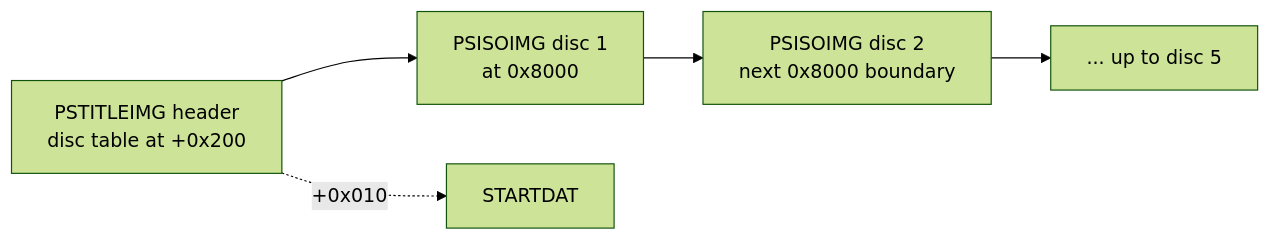
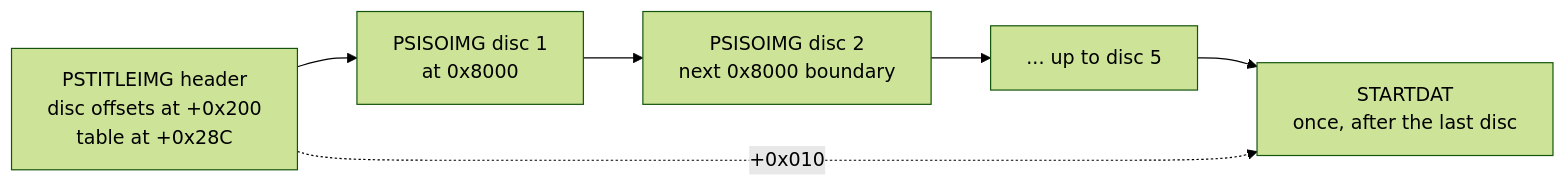
Before and after one commit to chiva/skiff: the fourth of 8 diagrams in docs/development/pops.md, drawn with Mermaid (forest theme). The commit also changed other lines of this file, not shown here.

First line of the commit message:
docs: add multi-disc and the POPS table to the POPS reference

````diff
--- a/docs/development/pops.md
+++ b/docs/development/pops.md
@@ -379,7 +411,8 @@
 ```mermaid
 flowchart LR
-    pst["PSTITLEIMG header<br/>disc table at +0x200"] --> d1["PSISOIMG disc 1<br/>at 0x8000"]
+    pst["PSTITLEIMG header<br/>disc offsets at +0x200<br/>table at +0x28C"] --> d1["PSISOIMG disc 1<br/>at 0x8000"]
     d1 --> d2["PSISOIMG disc 2<br/>next 0x8000 boundary"]
     d2 --> dn["... up to disc 5"]
-    pst -. "+0x010" .-> sd["STARTDAT"]
+    dn --> sd["STARTDAT<br/>once, after the last disc"]
+    pst -. "+0x010" .-> sd
 ```
````
